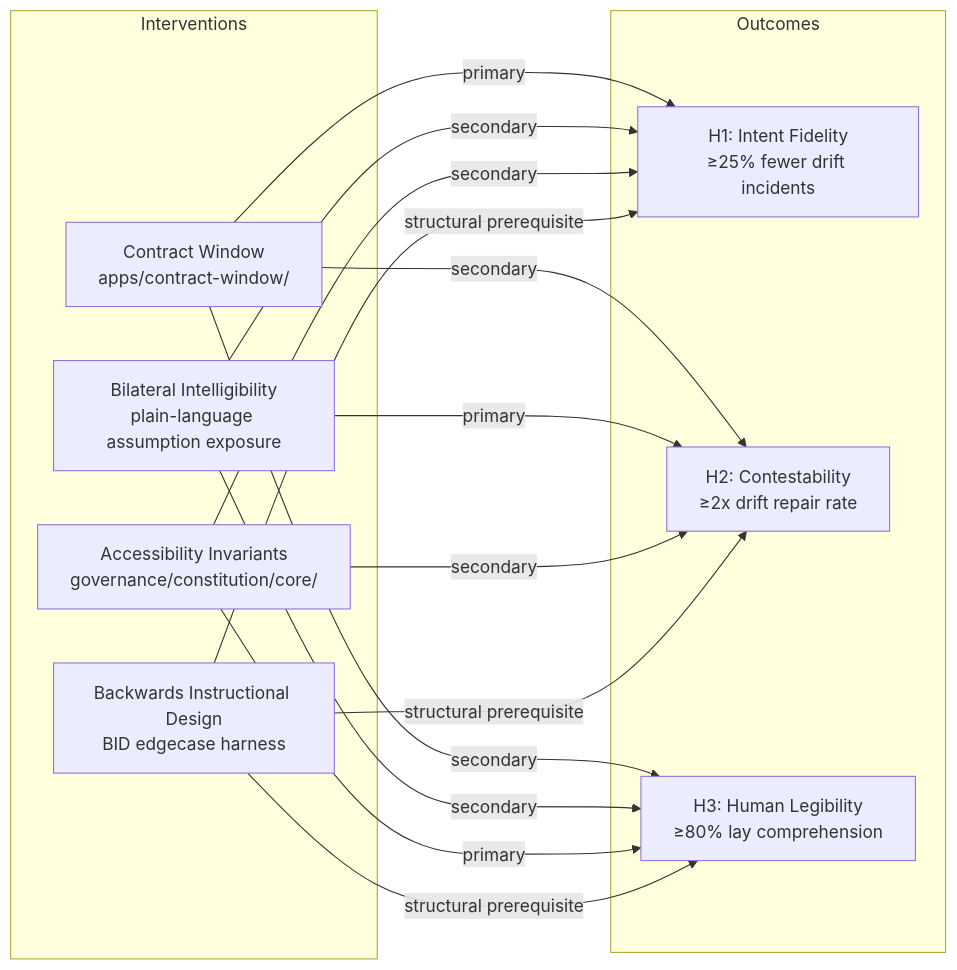
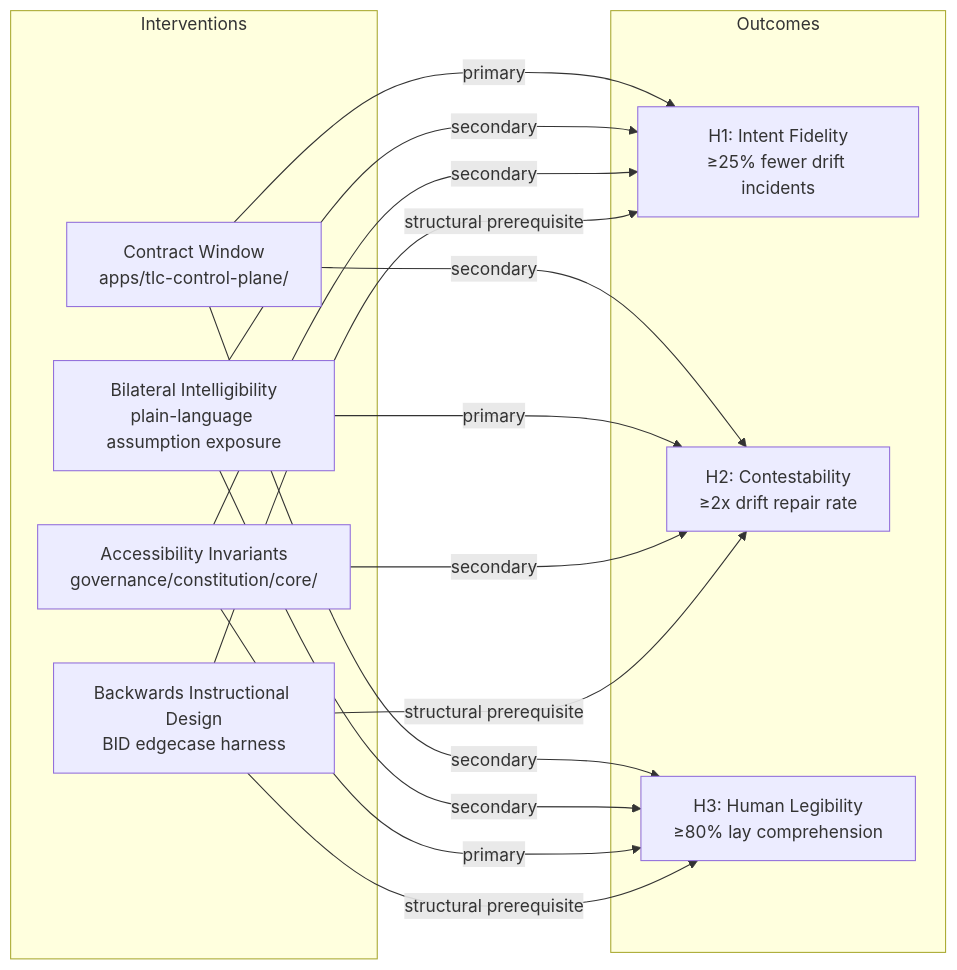
The second of 2 diagrams in README.md (coreyalejandro/the-living-constitution), drawn with Mermaid before and after one commit. The commit also changed other lines of this file and 2 other files, not shown here.

First line of the commit message:
docs: close M3 M4 M5 — C-RSP validation, claim matrix, fix contract-window path

````diff
--- a/README.md
+++ b/README.md
@@ -149,28 +149,28 @@
 ```mermaid
 flowchart LR
   subgraph Interventions
-    CW2["Contract Window\napps/contract-window/"]
+    CW2["Contract Window\napps/tlc-control-plane/"]
     BI["Bilateral Intelligibility\nplain-language assumption exposure"]
     AI2["Accessibility Invariants\ngovernance/constitution/core/"]
     BID["Backwards Instructional Design\nBID edgecase harness"]
   end
 
   subgraph Outcomes
     H1["H1: Intent Fidelity\n≥25% fewer drift incidents"]
     H2["H2: Contestability\n≥2x drift repair rate"]
     H3["H3: Human Legibility\n≥80% lay comprehension"]
   end
 
   CW2 -- "primary" --> H1
   CW2 -- "secondary" --> H2
   CW2 -- "secondary" --> H3
   BI -- "secondary" --> H1
   BI -- "primary" --> H2
   BI -- "secondary" --> H3
   AI2 -- "secondary" --> H1
   AI2 -- "secondary" --> H2
   AI2 -- "primary" --> H3
   BID -- "structural prerequisite" --> H1
   BID -- "structural prerequisite" --> H2
   BID -- "structural prerequisite" --> H3
 ```
````
